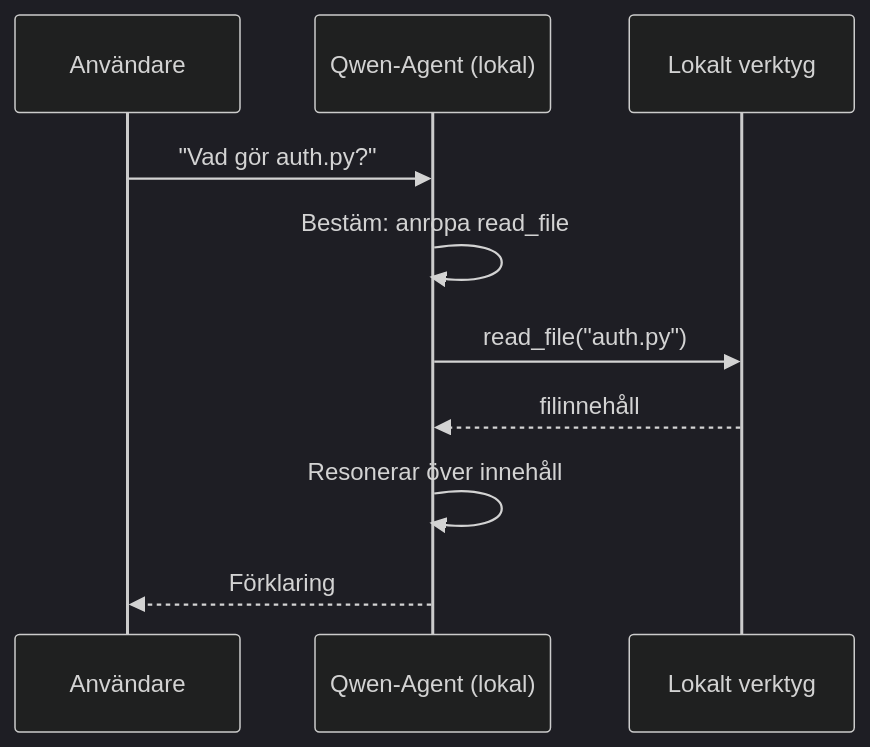
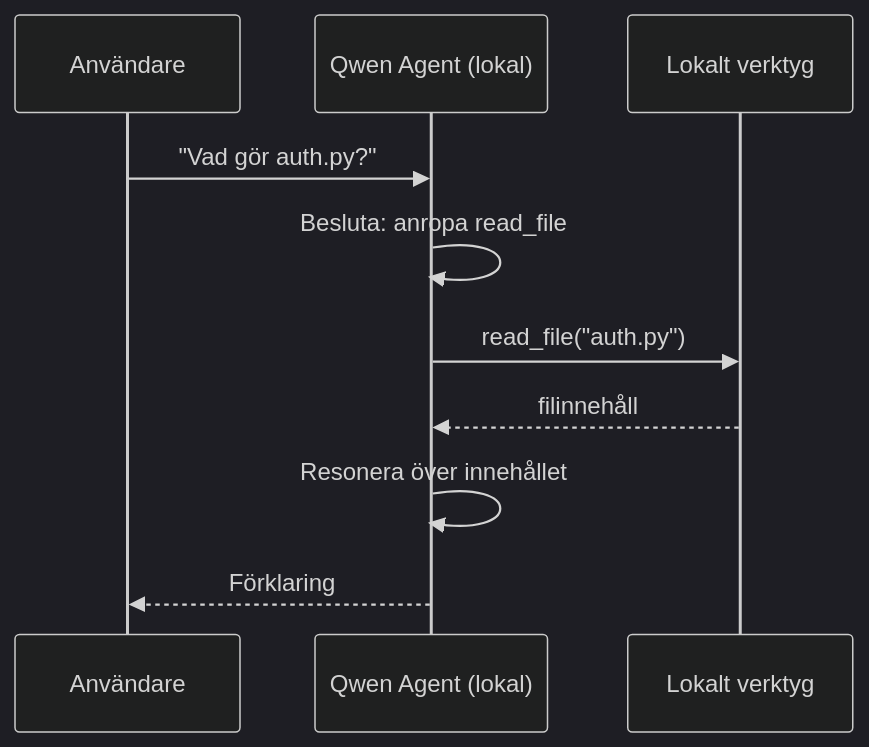
The second of 4 diagrams in translations/sv/17-creating-local-ai-agents/README.md (microsoft/ai-agents-for-beginners), drawn with Mermaid (dark theme) before and after one commit. The commit also changed other lines of this file and 46 other files, not shown here.

````diff
--- a/translations/sv/17-creating-local-ai-agents/README.md
+++ b/translations/sv/17-creating-local-ai-agents/README.md
@@ -106,12 +106,12 @@
 ```mermaid
 sequenceDiagram
     participant U as Användare
-    participant A as Qwen-Agent (lokal)
+    participant A as Qwen Agent (lokal)
     participant T as Lokalt verktyg
     U->>A: "Vad gör auth.py?"
-    A->>A: Bestäm: anropa read_file
+    A->>A: Besluta: anropa read_file
     A->>T: read_file("auth.py")
     T-->>A: filinnehåll
-    A->>A: Resonerar över innehåll
+    A->>A: Resonera över innehållet
     A-->>U: Förklaring
 ```
````
